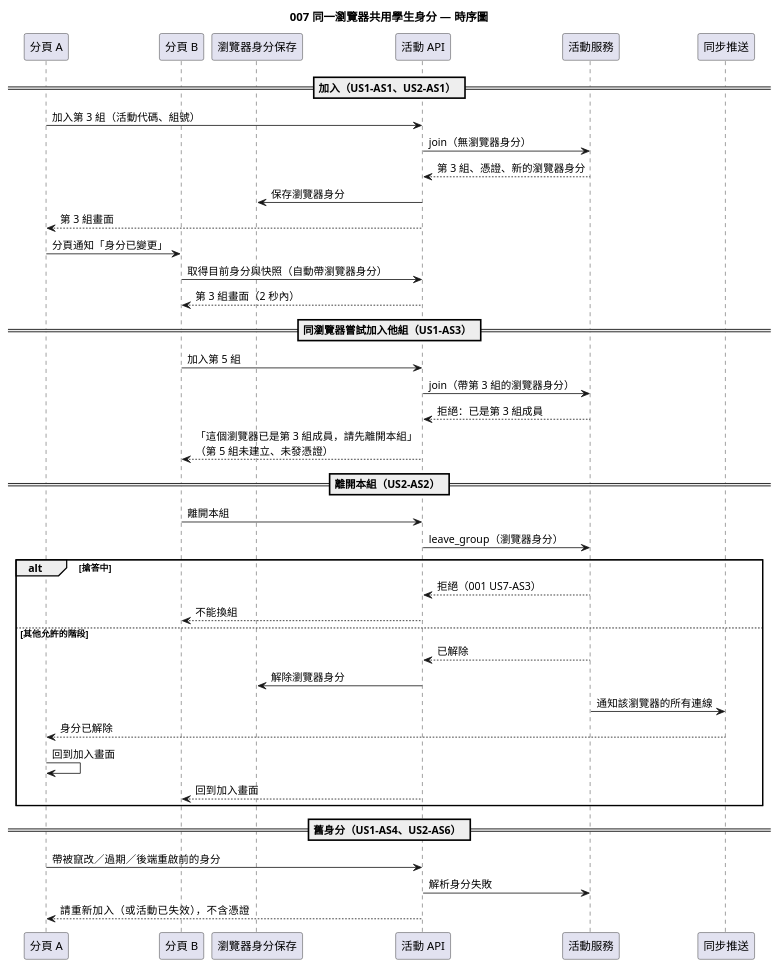
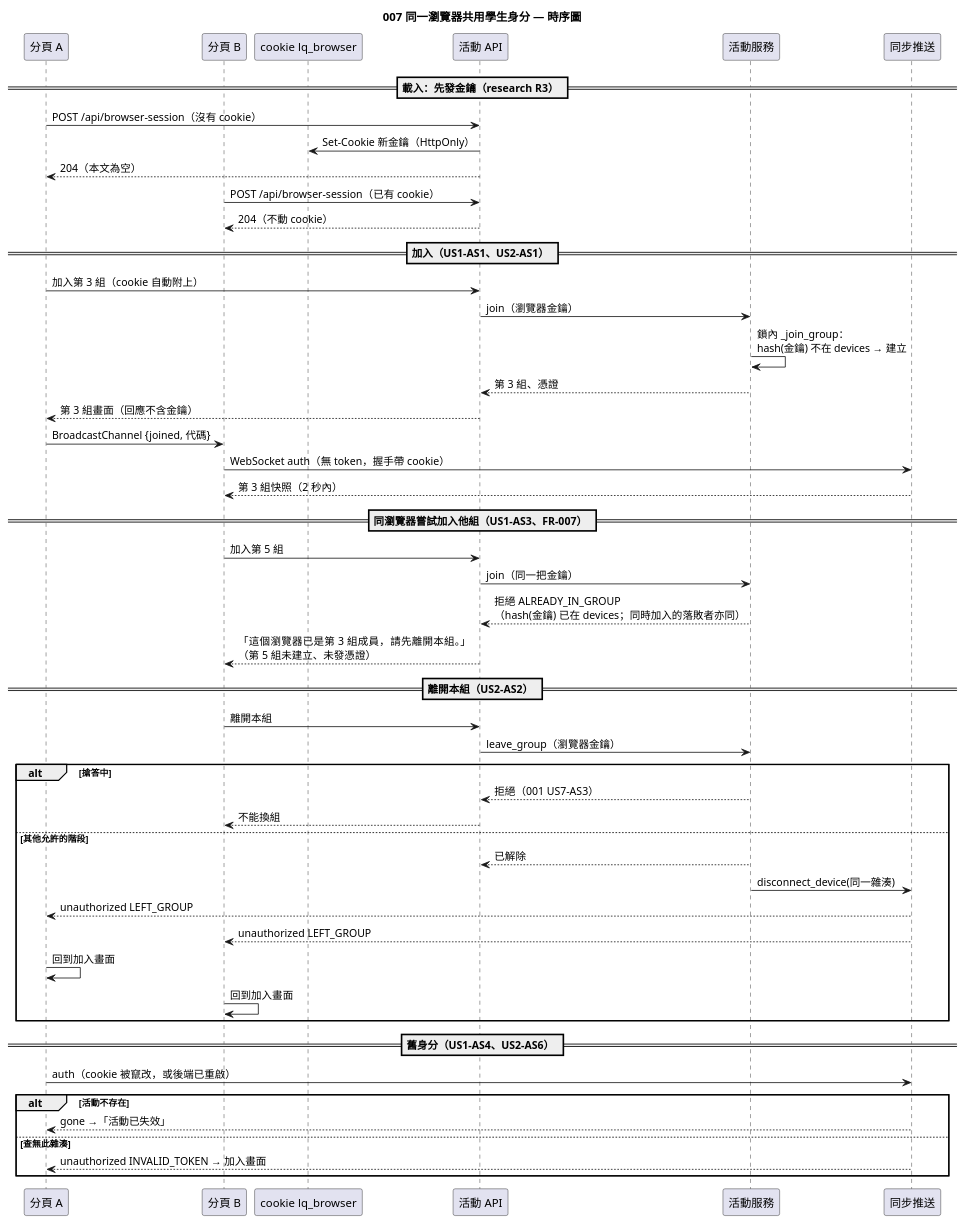
One commit to EricC430/lecture-answer-first_group16_speckit changed the diagram in diagrams/007-browser-identity-sync-sequence.puml. Above: the diagram before and after it, drawn with PlantUML. The commit also changed 10 other files, not shown here.

First line of the commit message:
docs: 007 plan、research、data-model、契約與 quickstart，依設計更新圖表

```diff
--- a/diagrams/007-browser-identity-sync-sequence.puml
+++ b/diagrams/007-browser-identity-sync-sequence.puml
@@ -1,48 +1,58 @@
 @startuml 007-browser-identity-sync-sequence
 !pragma layout smetana
 skinparam defaultFontName "Microsoft JhengHei"
 title 007 同一瀏覽器共用學生身分 — 時序圖
 
 participant "分頁 A" as A
 participant "分頁 B" as B
-participant "瀏覽器身分保存" as Store
+participant "cookie lq_browser" as Store
 participant "活動 API" as Api
 participant "活動服務" as Svc
 participant "同步推送" as Sync
 
+== 載入：先發金鑰（research R3） ==
+A -> Api : POST /api/browser-session（沒有 cookie）
+Api -> Store : Set-Cookie 新金鑰（HttpOnly）
+Api --> A : 204（本文為空）
+B -> Api : POST /api/browser-session（已有 cookie）
+Api --> B : 204（不動 cookie）
+
 == 加入（US1-AS1、US2-AS1） ==
-A -> Api : 加入第 3 組（活動代碼、組號）
-Api -> Svc : join（無瀏覽器身分）
-Svc --> Api : 第 3 組、憑證、新的瀏覽器身分
-Api -> Store : 保存瀏覽器身分
-Api --> A : 第 3 組畫面
-A -> B : 分頁通知「身分已變更」
-B -> Api : 取得目前身分與快照（自動帶瀏覽器身分）
-Api --> B : 第 3 組畫面（2 秒內）
+A -> Api : 加入第 3 組（cookie 自動附上）
+Api -> Svc : join（瀏覽器金鑰）
+Svc -> Svc : 鎖內 _join_group：\nhash(金鑰) 不在 devices → 建立
+Svc --> Api : 第 3 組、憑證
+Api --> A : 第 3 組畫面（回應不含金鑰）
+A -> B : BroadcastChannel {joined, 代碼}
+B -> Sync : WebSocket auth（無 token，握手帶 cookie）
+Sync --> B : 第 3 組快照（2 秒內）
 
-== 同瀏覽器嘗試加入他組（US1-AS3） ==
+== 同瀏覽器嘗試加入他組（US1-AS3、FR-007） ==
 B -> Api : 加入第 5 組
-Api -> Svc : join（帶第 3 組的瀏覽器身分）
-Svc --> Api : 拒絕：已是第 3 組成員
-Api --> B : 「這個瀏覽器已是第 3 組成員，請先離開本組」\n（第 5 組未建立、未發憑證）
+Api -> Svc : join（同一把金鑰）
+Svc --> Api : 拒絕 ALREADY_IN_GROUP\n（hash(金鑰) 已在 devices；同時加入的落敗者亦同）
+Api --> B : 「這個瀏覽器已是第 3 組成員，請先離開本組。」\n（第 5 組未建立、未發憑證）
 
 == 離開本組（US2-AS2） ==
 B -> Api : 離開本組
-Api -> Svc : leave_group（瀏覽器身分）
+Api -> Svc : leave_group（瀏覽器金鑰）
 alt 搶答中
   Svc --> Api : 拒絕（001 US7-AS3）
   Api --> B : 不能換組
 else 其他允許的階段
   Svc --> Api : 已解除
-  Api -> Store : 解除瀏覽器身分
-  Svc -> Sync : 通知該瀏覽器的所有連線
-  Sync --> A : 身分已解除
+  Svc -> Sync : disconnect_device(同一雜湊)
+  Sync --> A : unauthorized LEFT_GROUP
+  Sync --> B : unauthorized LEFT_GROUP
   A -> A : 回到加入畫面
-  Api --> B : 回到加入畫面
+  B -> B : 回到加入畫面
 end
 
 == 舊身分（US1-AS4、US2-AS6） ==
-A -> Api : 帶被竄改／過期／後端重啟前的身分
-Api -> Svc : 解析身分失敗
-Api --> A : 請重新加入（或活動已失效），不含憑證
+A -> Sync : auth（cookie 被竄改，或後端已重啟）
+alt 活動不存在
+  Sync --> A : gone →「活動已失效」
+else 查無此雜湊
+  Sync --> A : unauthorized INVALID_TOKEN → 加入畫面
+end
 @enduml
```
